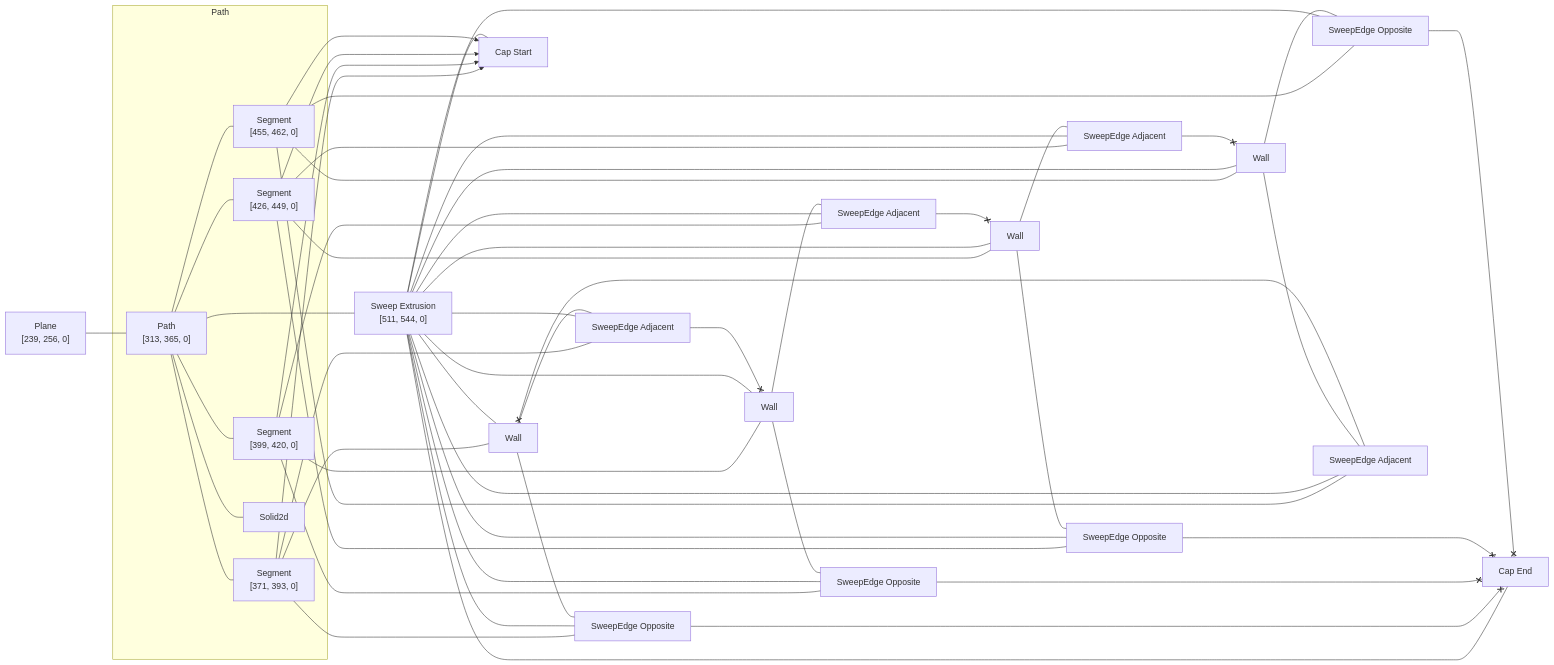
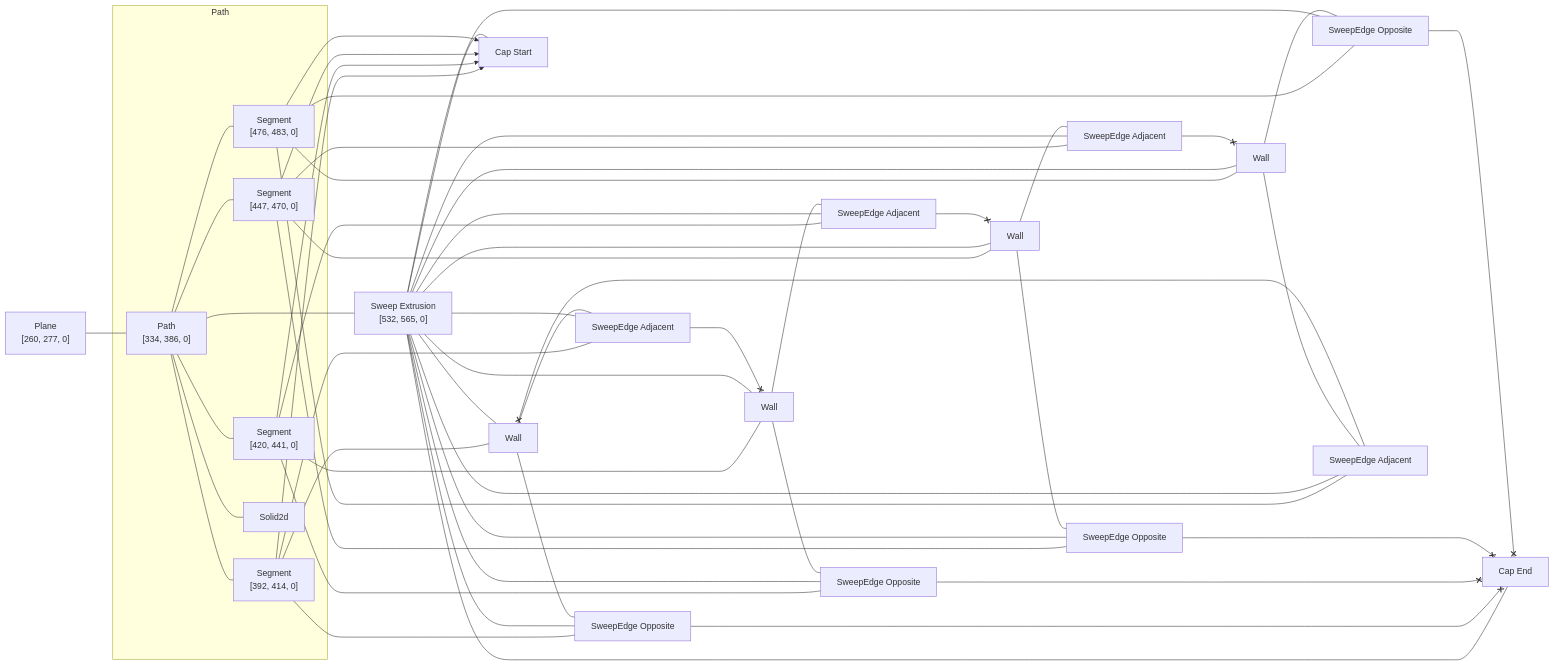
One commit to KittyCAD/modeling-app changed the diagram in rust/kcl-lib/tests/kcl_samples/box/artifact_graph_flowchart.snap.md. Above: the diagram before and after it, drawn with Mermaid. The commit also changed 319 other files, not shown here.

````diff
--- a/rust/kcl-lib/tests/kcl_samples/box/artifact_graph_flowchart.snap.md
+++ b/rust/kcl-lib/tests/kcl_samples/box/artifact_graph_flowchart.snap.md
@@ -1,21 +1,21 @@
 ```mermaid
 flowchart LR
   subgraph path2 [Path]
-    2["Path<br>[313, 365, 0]"]
+    2["Path<br>[334, 386, 0]"]
       %% [ProgramBodyItem { index: 4 }, VariableDeclarationDeclaration, VariableDeclarationInit, PipeBodyItem { index: 0 }]
-    3["Segment<br>[371, 393, 0]"]
+    3["Segment<br>[392, 414, 0]"]
       %% [ProgramBodyItem { index: 4 }, VariableDeclarationDeclaration, VariableDeclarationInit, PipeBodyItem { index: 1 }]
-    4["Segment<br>[399, 420, 0]"]
+    4["Segment<br>[420, 441, 0]"]
       %% [ProgramBodyItem { index: 4 }, VariableDeclarationDeclaration, VariableDeclarationInit, PipeBodyItem { index: 2 }]
-    5["Segment<br>[426, 449, 0]"]
+    5["Segment<br>[447, 470, 0]"]
       %% [ProgramBodyItem { index: 4 }, VariableDeclarationDeclaration, VariableDeclarationInit, PipeBodyItem { index: 3 }]
-    6["Segment<br>[455, 462, 0]"]
+    6["Segment<br>[476, 483, 0]"]
       %% [ProgramBodyItem { index: 4 }, VariableDeclarationDeclaration, VariableDeclarationInit, PipeBodyItem { index: 4 }]
     7[Solid2d]
   end
-  1["Plane<br>[239, 256, 0]"]
+  1["Plane<br>[260, 277, 0]"]
     %% [ProgramBodyItem { index: 3 }, VariableDeclarationDeclaration, VariableDeclarationInit]
-  8["Sweep Extrusion<br>[511, 544, 0]"]
+  8["Sweep Extrusion<br>[532, 565, 0]"]
     %% [ProgramBodyItem { index: 5 }, VariableDeclarationDeclaration, VariableDeclarationInit]
   9[Wall]
     %% face_code_ref=Missing NodePath
````
